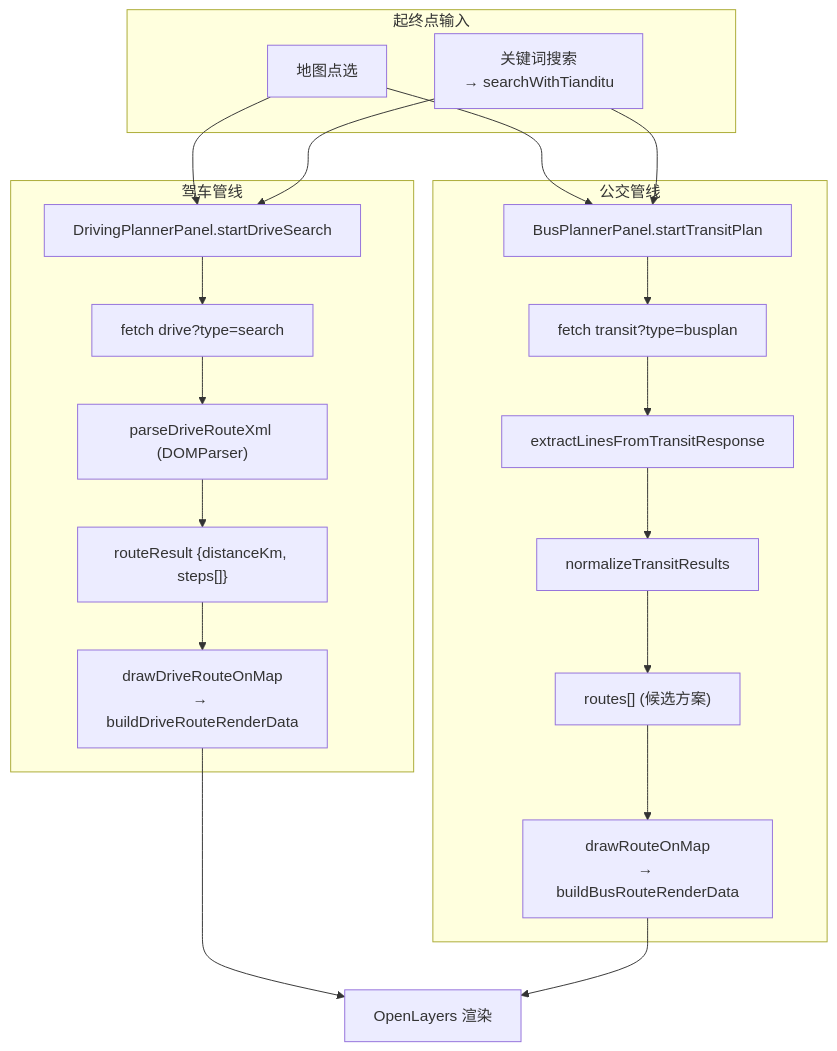
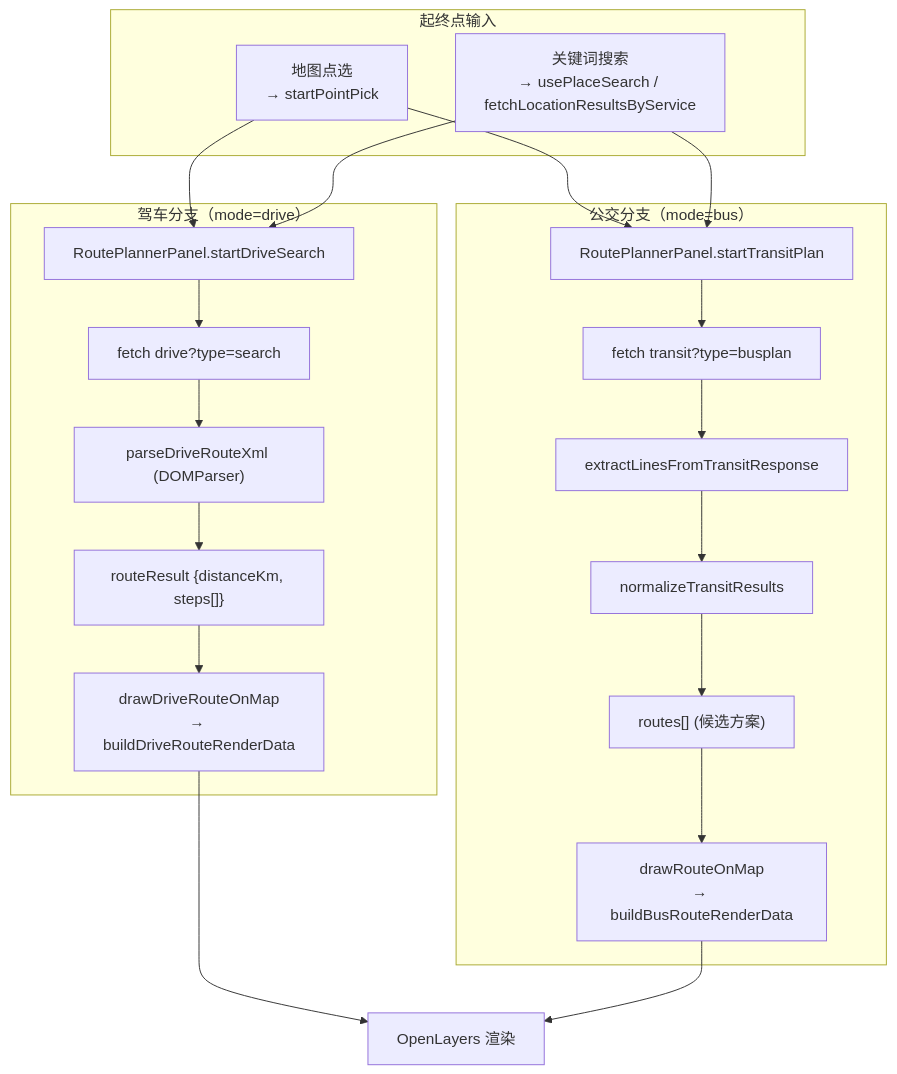
Before and after one commit to NEGIAO/WebGIS-Dev: the diagram in Docs/Architecture/route-planning.md, drawn with Mermaid. The commit also changed other lines of this file and 52 other files, not shown here.

````diff
--- a/Docs/Architecture/route-planning.md
+++ b/Docs/Architecture/route-planning.md
@@ -38,29 +38,29 @@
 ```mermaid
 flowchart TD
     subgraph INPUT["起终点输入"]
-        PICK["地图点选"]
-        SEARCH["关键词搜索<br/>→ searchWithTianditu"]
+        PICK["地图点选<br/>→ startPointPick"]
+        SEARCH["关键词搜索<br/>→ usePlaceSearch / fetchLocationResultsByService"]
     end
 
-    subgraph DRIVE["驾车管线"]
-        D1["DrivingPlannerPanel.startDriveSearch"] --> D2["fetch drive?type=search"]
+    subgraph DRIVE["驾车分支（mode=drive）"]
+        D1["RoutePlannerPanel.startDriveSearch"] --> D2["fetch drive?type=search"]
         D2 --> D3["parseDriveRouteXml (DOMParser)"]
         D3 --> D4["routeResult {distanceKm, steps[]}"]
         D4 --> D5["drawDriveRouteOnMap<br/>→ buildDriveRouteRenderData"]
     end
 
-    subgraph BUS["公交管线"]
-        B1["BusPlannerPanel.startTransitPlan"] --> B2["fetch transit?type=busplan"]
+    subgraph BUS["公交分支（mode=bus）"]
+        B1["RoutePlannerPanel.startTransitPlan"] --> B2["fetch transit?type=busplan"]
         B2 --> B3["extractLinesFromTransitResponse"]
         B3 --> B4["normalizeTransitResults"]
         B4 --> B5["routes[] (候选方案)"]
         B5 --> B6["drawRouteOnMap<br/>→ buildBusRouteRenderData"]
     end
 
     PICK --> D1
     PICK --> B1
     SEARCH --> D1
     SEARCH --> B1
     D5 --> RENDER["OpenLayers 渲染"]
     B6 --> RENDER
 ```
````
